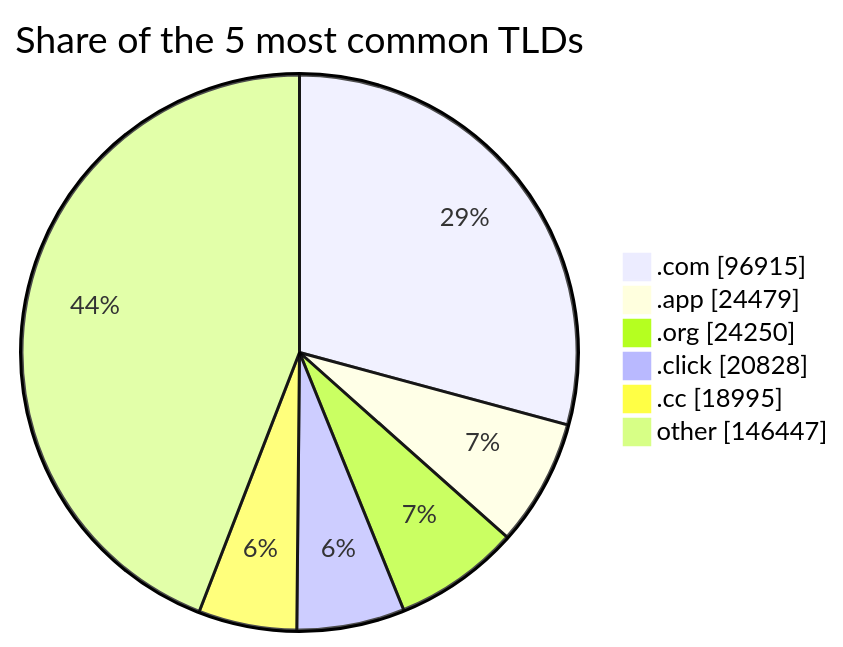
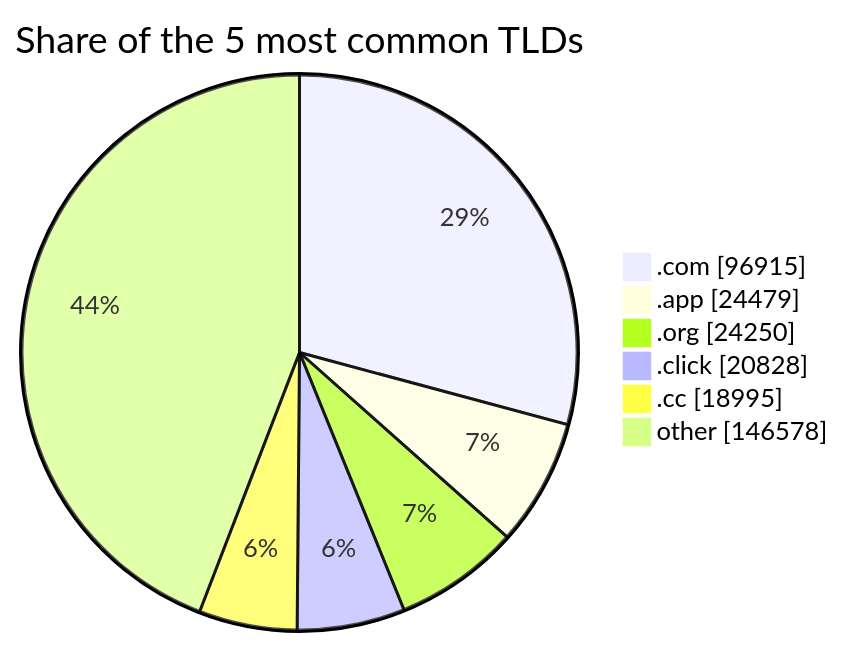
The third of 3 diagrams in README.md (DNSBunker/CTI), drawn with Mermaid before and after one commit. The commit also changed other lines of this file and 4 other files, not shown here.

````diff
--- a/README.md
+++ b/README.md
@@ -81,9 +81,9 @@
 ```mermaid
 pie showData title Share of the 5 most common TLDs
     ".com" : 96915
     ".app" : 24479
     ".org" : 24250
     ".click" : 20828
     ".cc" : 18995
-    "other" : 146447
+    "other" : 146578
 ```
````
